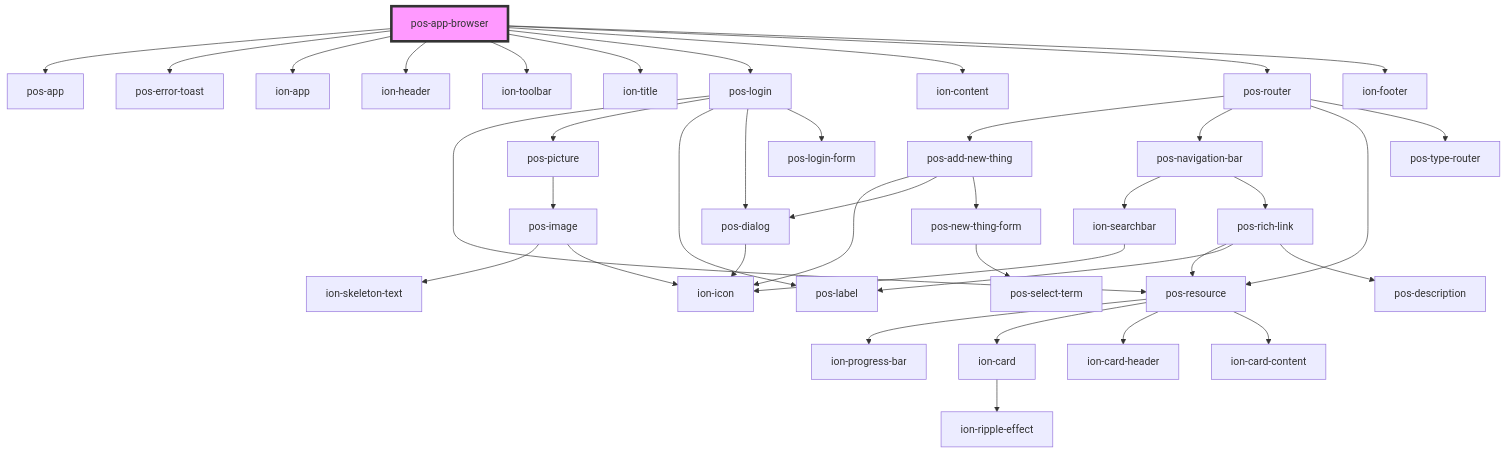
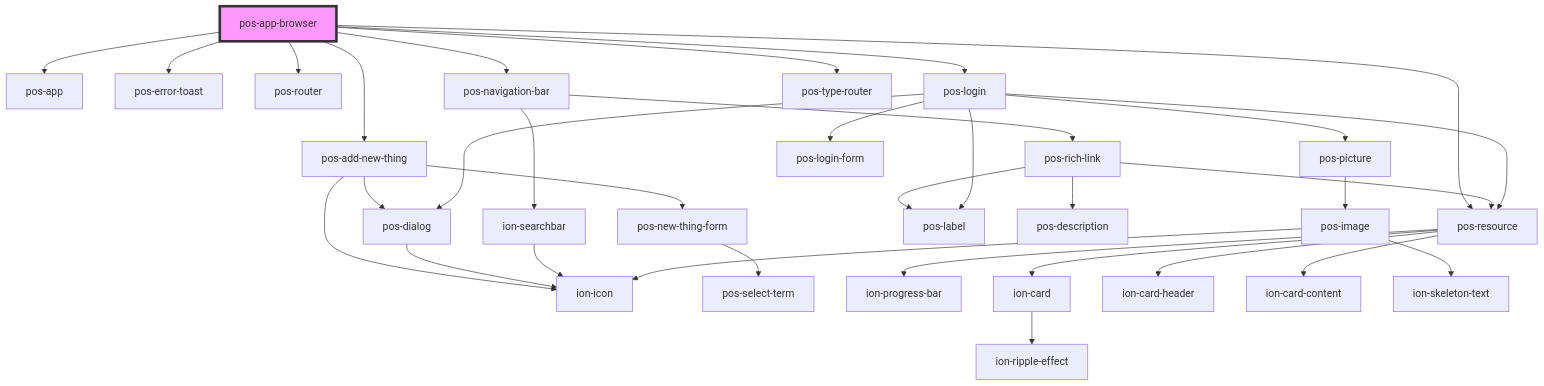
The diagram in docs/elements/apps/pos-app-browser/readme.md (pod-os/PodOS), drawn with Mermaid before and after one commit. The commit also changed other lines of this file and 6 other files, not shown here.

````diff
--- a/docs/elements/apps/pos-app-browser/readme.md
+++ b/docs/elements/apps/pos-app-browser/readme.md
@@ -31,42 +29,36 @@
 ```mermaid
 graph TD;
   pos-app-browser --> pos-app
   pos-app-browser --> pos-error-toast
-  pos-app-browser --> ion-app
-  pos-app-browser --> ion-header
-  pos-app-browser --> ion-toolbar
-  pos-app-browser --> ion-title
+  pos-app-browser --> pos-router
+  pos-app-browser --> pos-add-new-thing
+  pos-app-browser --> pos-navigation-bar
   pos-app-browser --> pos-login
-  pos-app-browser --> ion-content
-  pos-app-browser --> pos-router
-  pos-app-browser --> ion-footer
-  pos-login --> pos-resource
-  pos-login --> pos-picture
-  pos-login --> pos-label
-  pos-login --> pos-dialog
-  pos-login --> pos-login-form
-  pos-resource --> ion-progress-bar
-  pos-resource --> ion-card
-  pos-resource --> ion-card-header
-  pos-resource --> ion-card-content
-  ion-card --> ion-ripple-effect
-  pos-picture --> pos-image
-  pos-image --> ion-skeleton-text
-  pos-image --> ion-icon
-  pos-dialog --> ion-icon
-  pos-router --> pos-add-new-thing
-  pos-router --> pos-navigation-bar
-  pos-router --> pos-resource
-  pos-router --> pos-type-router
+  pos-app-browser --> pos-resource
+  pos-app-browser --> pos-type-router
   pos-add-new-thing --> ion-icon
   pos-add-new-thing --> pos-dialog
   pos-add-new-thing --> pos-new-thing-form
+  pos-dialog --> ion-icon
   pos-new-thing-form --> pos-select-term
   pos-navigation-bar --> ion-searchbar
   pos-navigation-bar --> pos-rich-link
   ion-searchbar --> ion-icon
   pos-rich-link --> pos-resource
   pos-rich-link --> pos-label
   pos-rich-link --> pos-description
+  pos-resource --> ion-progress-bar
+  pos-resource --> ion-card
+  pos-resource --> ion-card-header
+  pos-resource --> ion-card-content
+  ion-card --> ion-ripple-effect
+  pos-login --> pos-resource
+  pos-login --> pos-picture
+  pos-login --> pos-label
+  pos-login --> pos-dialog
+  pos-login --> pos-login-form
+  pos-picture --> pos-image
+  pos-image --> ion-skeleton-text
+  pos-image --> ion-icon
   style pos-app-browser fill:#f9f,stroke:#333,stroke-width:4px
 ```
````
